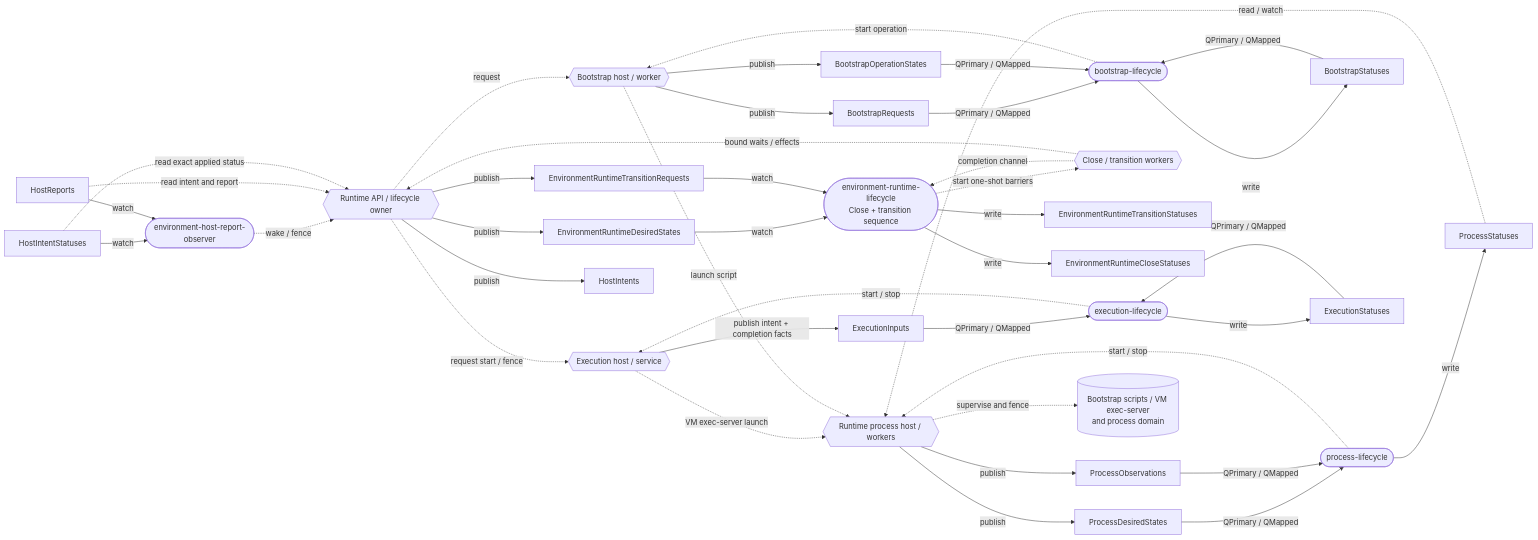
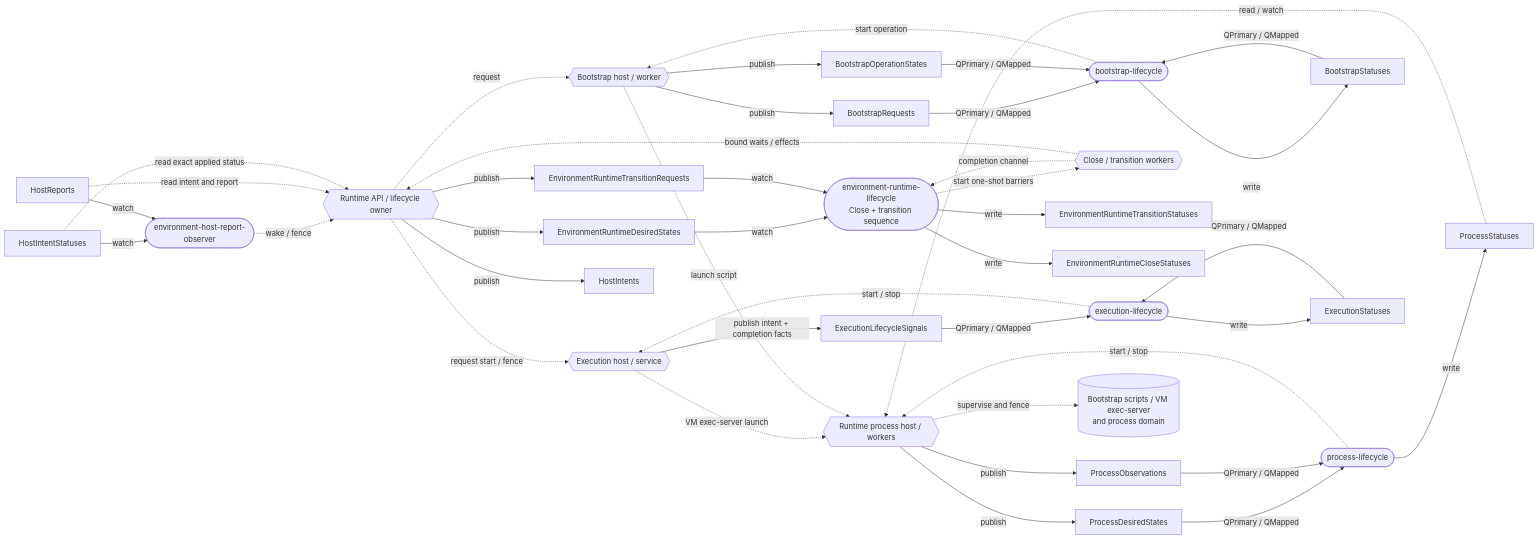
The first of 7 diagrams in agentplane/env/runtime/docs/cosi.md (agentydragon/ducktape), drawn with Mermaid before and after one commit. The commit also changed other lines of this file and 3 other files, not shown here.

````diff
--- a/agentplane/env/runtime/docs/cosi.md
+++ b/agentplane/env/runtime/docs/cosi.md
@@ -19,58 +19,58 @@
 ```mermaid
 flowchart LR
   API{{"Runtime API / lifecycle owner"}}
   BH{{"Bootstrap host / worker"}}
   PH{{"Runtime process host / workers"}}
   RC(["environment-runtime-lifecycle<br/>Close + transition sequence"])
   HO(["environment-host-report-observer"])
   BC(["bootstrap-lifecycle"])
   PC(["process-lifecycle"])
   EC(["execution-lifecycle"])
   EH{{"Execution host / service"}}
   CW{{"Close / transition workers"}}
   ED["EnvironmentRuntimeDesiredStates"]
   TR["EnvironmentRuntimeTransitionRequests"]
   TS["EnvironmentRuntimeTransitionStatuses"]
   CL["EnvironmentRuntimeCloseStatuses"]
   I["HostIntents"]
   IS["HostIntentStatuses"]
   R["HostReports"]
   BI["BootstrapRequests"]
   BO["BootstrapOperationStates"]
   BR["BootstrapStatuses"]
   PD["ProcessDesiredStates"]
   PI["ProcessObservations"]
   PS["ProcessStatuses"]
-  EI["ExecutionInputs"]
+  EI["ExecutionLifecycleSignals"]
   ER["ExecutionStatuses"]
   Native[("Bootstrap scripts / VM exec-server<br/>and process domain")]
 
   API -->|publish| ED & TR & I
   ED & TR -->|watch| RC
   RC -->|write| CL & TS
   RC -.->|start one-shot barriers| CW
   CW -.->|completion channel| RC
   CW -.->|bound waits / effects| API
   API -.->|request start / fence| EH
   EH -->|publish intent + completion facts| EI
   EI & ER -->|QPrimary / QMapped| EC
   EC -->|write| ER
   EC -.->|start / stop| EH
   EH -.->|VM exec-server launch| PH
   IS & R -->|watch| HO
   HO -.->|wake / fence| API
   R -.->|read intent and report| API
   IS -.->|read exact applied status| API
   API -.->|request| BH
   BH -->|publish| BI & BO
   BI & BO & BR -->|QPrimary / QMapped| BC
   BC -->|write| BR
   BC -.->|start operation| BH
   BH -.->|launch script| PH
   PH -->|publish| PD & PI
   PD & PI -->|QPrimary / QMapped| PC
   PC -->|write| PS
   PC -.->|start / stop| PH
   PH -.->|supervise and fence| Native
   PS -.->|read / watch| PH
 ```
````
